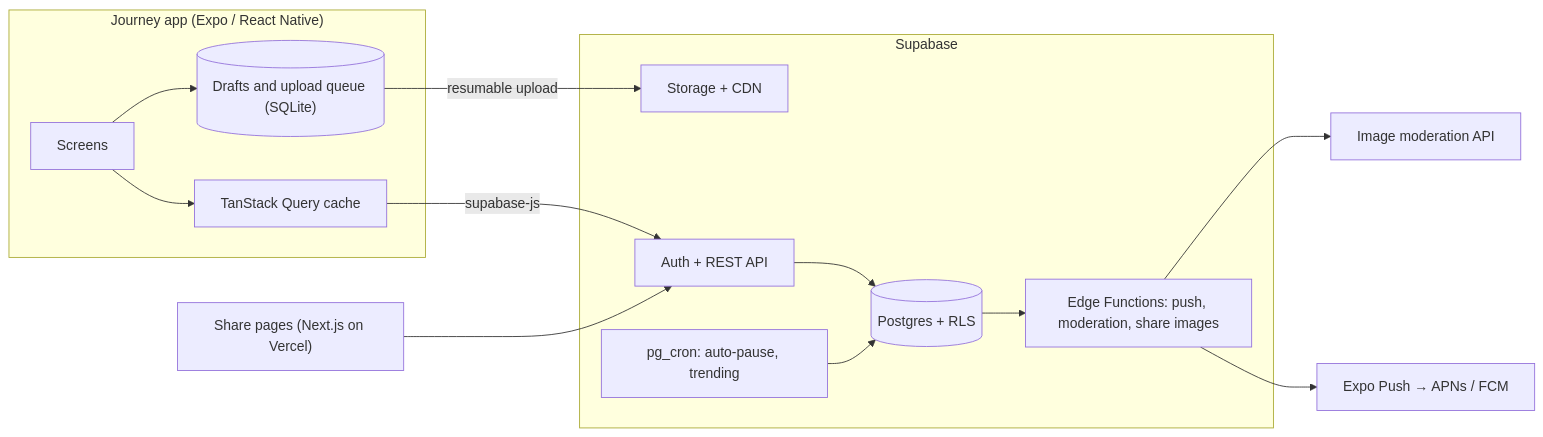
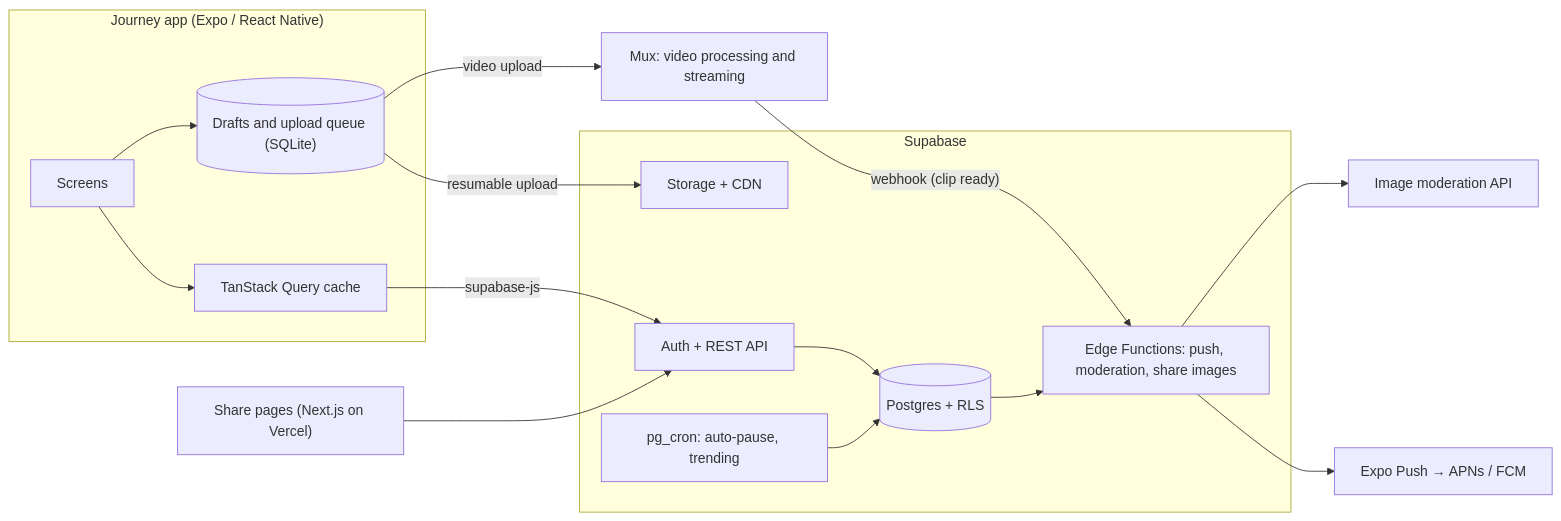
The diagram in docs/02-tech-stack.md (kadiripavan3/Journey), drawn with Mermaid before and after one commit. The commit also changed other lines of this file and 4 other files, not shown here.

````diff
--- a/docs/02-tech-stack.md
+++ b/docs/02-tech-stack.md
@@ -73,20 +75,22 @@
 ```mermaid
 flowchart LR
   subgraph Phone["Journey app (Expo / React Native)"]
     UI["Screens"] --> QC["TanStack Query cache"]
     UI --> DR[("Drafts and upload queue (SQLite)")]
   end
   QC -- "supabase-js" --> API
   DR -- "resumable upload" --> ST
   subgraph SB["Supabase"]
     API["Auth + REST API"] --> DB[("Postgres + RLS")]
     ST["Storage + CDN"]
     EF["Edge Functions: push, moderation, share images"]
     CR["pg_cron: auto-pause, trending"]
     DB --> EF
     CR --> DB
   end
   EF --> PUSH["Expo Push → APNs / FCM"]
   EF --> MOD["Image moderation API"]
+  DR -- "video upload" --> MUX["Mux: video processing and streaming"]
+  MUX -- "webhook (clip ready)" --> EF
   WEB["Share pages (Next.js on Vercel)"] --> API
 ```
````
